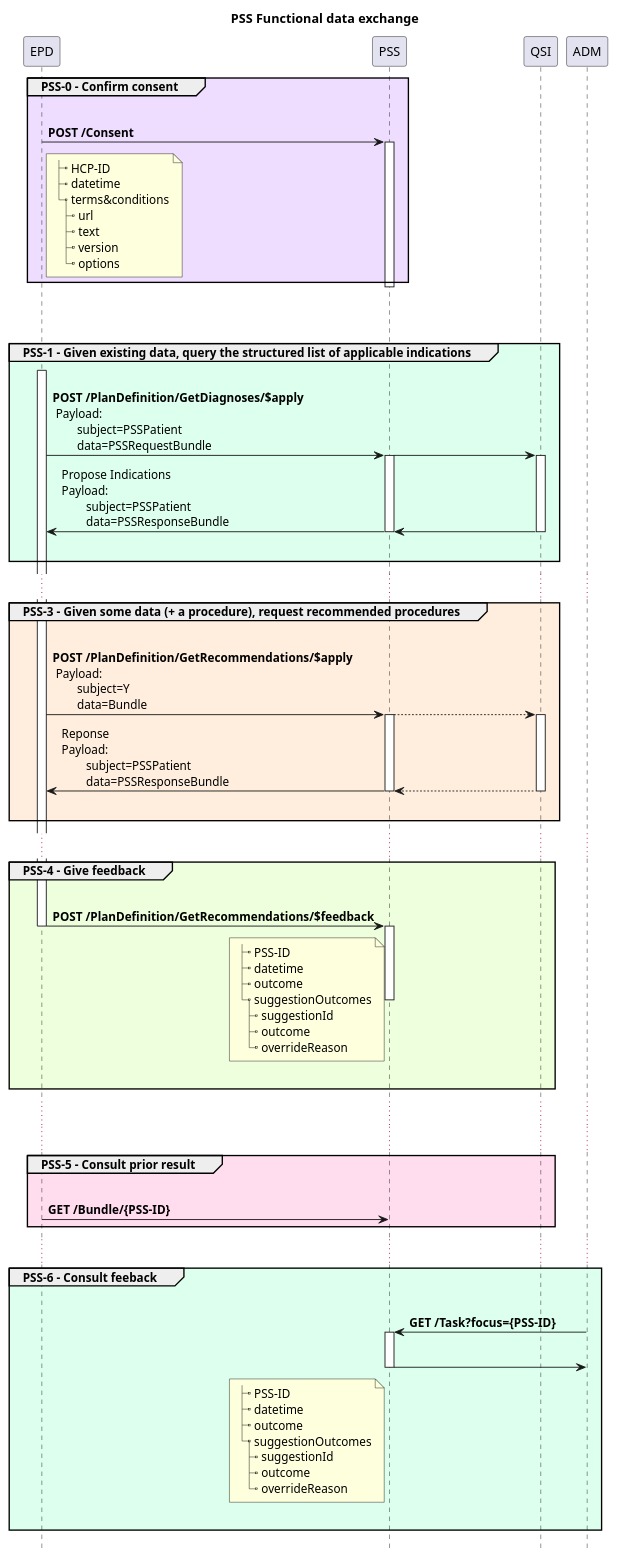
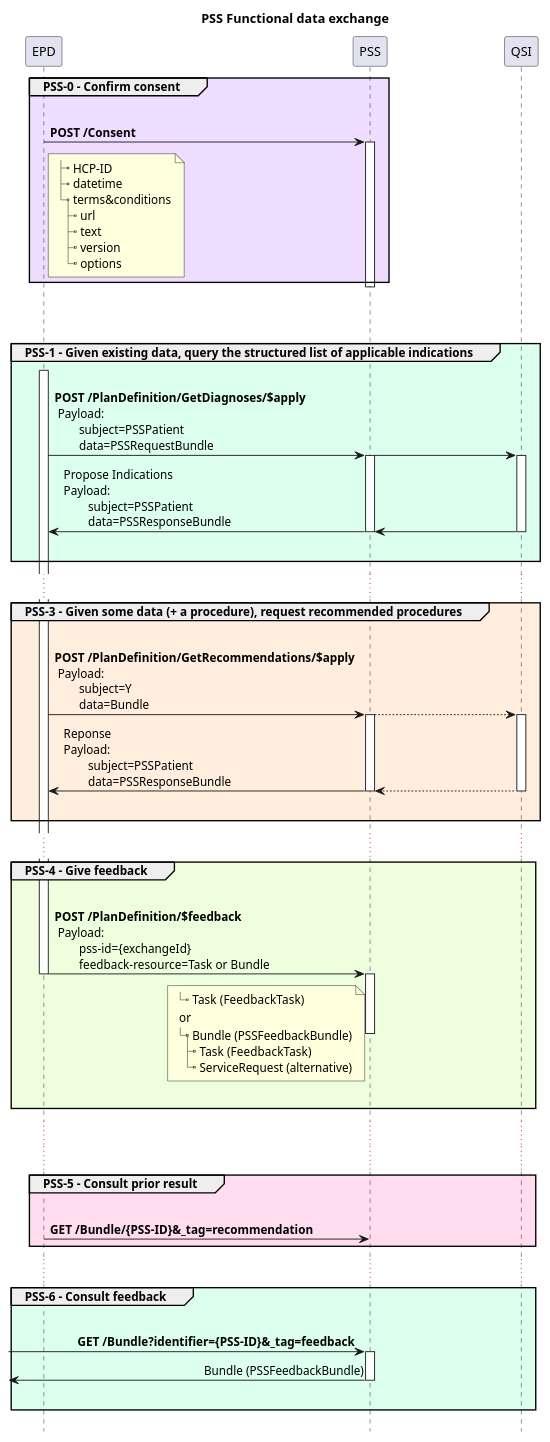
One commit to hl7-be/pss changed the diagram in input/images-source/pss-flow-radiology.plantuml. Above: the diagram before and after it, drawn with PlantUML. The commit also changed 22 other files, not shown here.

```diff
--- a/input/images-source/pss-flow-radiology.plantuml
+++ b/input/images-source/pss-flow-radiology.plantuml
@@ -1,109 +1,96 @@
 @startuml
 !pragma teoz true
 Title PSS Functional data exchange
 hide footbox
 
 group #edf PSS-0 - Confirm consent
         EPD -> PSS : \n**POST /Consent**
         activate PSS
         note right of EPD
 |_ HCP-ID
 |_ datetime
 |_ terms&conditions
   |_ url
   |_ text
   |_ version
   |_ options
         end note
         deactivate EPD
         deactivate PSS
 end
 |||
 |||
 group #DFE PSS-1 - Given existing data, query the structured list of applicable indications
         activate EPD
         EPD -> PSS : \n**POST /PlanDefinition/GetDiagnoses/$apply**\n Payload:\n        subject=PSSPatient\n        data=PSSRequestBundle
         & PSS -> QSI 
         & PSS -[hidden]-> QSI : "                                      "
         'PSS -> QSI : GET /indictions
 
         activate PSS
         activate QSI
         QSI -> PSS 
         & PSS -> EPD: Propose Indications \nPayload:\n        subject=PSSPatient\n        data=PSSResponseBundle
         deactivate PSS
         deactivate QSI
         |||
 end
 
 ...
 group #fed PSS-3 - Given some data (+ a procedure), request recommended procedures
         EPD -> PSS : \n**POST /PlanDefinition/GetRecommendations/$apply**\n Payload:\n        subject=Y\n        data=Bundle
         & PSS --> QSI 
         & PSS -[hidden]-> QSI : "                                      "
 
         activate PSS
         activate QSI
         QSI --> PSS 
         & PSS -> EPD: Reponse\nPayload:\n        subject=PSSPatient\n        data=PSSResponseBundle
         deactivate PSS
         deactivate QSI
         |||
 
 end
 ...
 group #efd PSS-4 - Give feedback
-        EPD -> PSS : \n**POST /PlanDefinition/GetRecommendations/$feedback**
+        EPD -> PSS : \n**POST /PlanDefinition/$feedback**\n Payload:\n        pss-id={exchangeId}\n        feedback-resource=Task or Bundle
         note left of PSS
-|_ PSS-ID
-|_ datetime
-|_ outcome
-|_ suggestionOutcomes
-  |_ suggestionId
-  |_ outcome
-  |_ overrideReason
+|_ Task (FeedbackTask)
+  or
+|_ Bundle (PSSFeedbackBundle)
+  |_ Task (FeedbackTask)
+  |_ ServiceRequest (alternative)
         end note
         deactivate EPD
         activate PSS
         & PSS -[hidden]-> QSI : "                                      "
         deactivate PSS
         |||
 
 end
 
 ...
 ...
 
 group #fde PSS-5 - Consult prior result
-        EPD -> PSS : \n**GET /Bundle/{PSS-ID}**
+        EPD -> PSS : \n**GET /Bundle/{PSS-ID}&_tag=recommendation**
         & PSS -[hidden]-> QSI : "                                      "
 '        activate EPD
 end
 ...
 
-group #dfe PSS-6 - Consult feeback
-        ADM -> PSS : \n**GET /Task?focus={PSS-ID}**
-        & PSS -[hidden]-> QSI : "                                      "
+group #dfe PSS-6 - Consult feedback
+'        ADM -> PSS : \n**GET /Bundle?identifier={PSS-ID}**\n**&_profile=.../PSSFeedbackBundle**
+         -> PSS : \n**GET /Bundle?identifier={PSS-ID}&_tag=feedback**
         activate PSS
-        |||
-        PSS -> ADM 
-                note left of PSS
-|_ PSS-ID
-|_ datetime
-|_ outcome
-|_ suggestionOutcomes
-  |_ suggestionId
-  |_ outcome
-  |_ overrideReason
-        end note
-        deactivate EPD
+        <- PSS   : Bundle (PSSFeedbackBundle)
         & PSS -[hidden]-> QSI : "                                      "
         deactivate PSS
         |||
 
 '        activate EPD
 end
 
 
 
 @enduml
```
